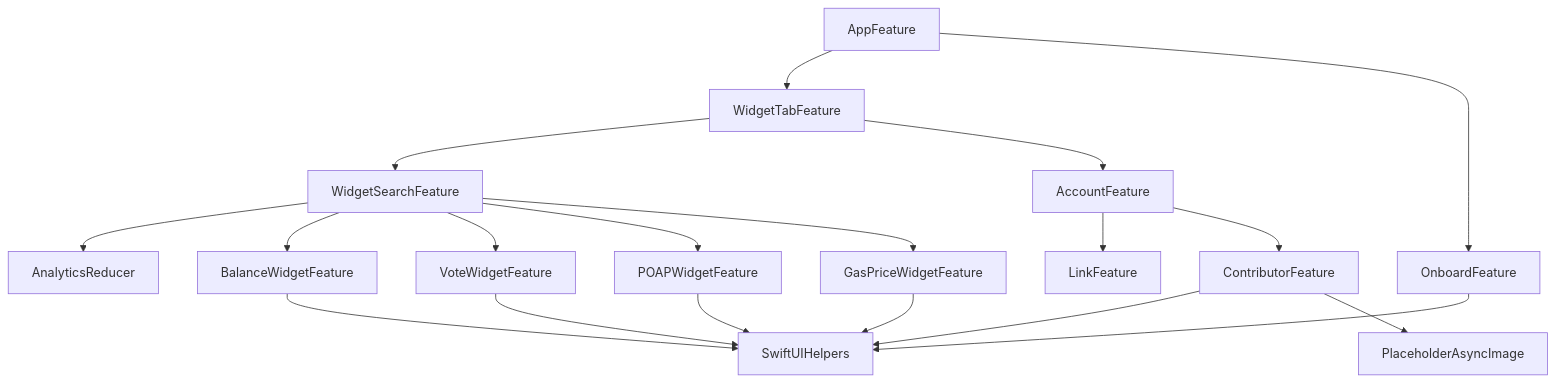
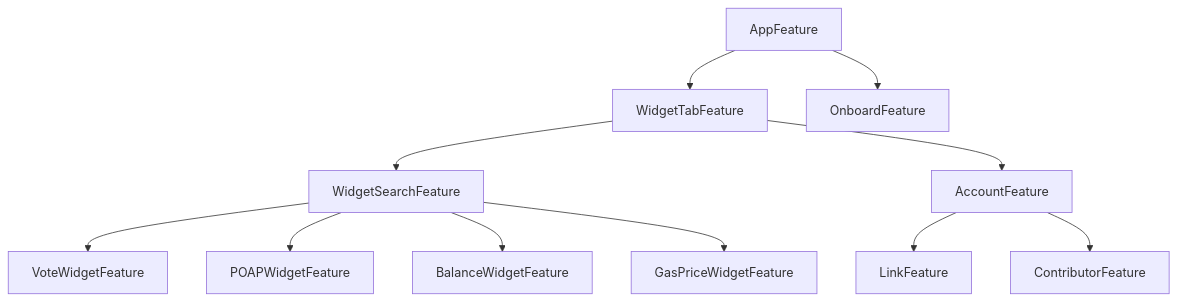
One commit to caaaption/caaaption changed the diagram in Packages/FeaturePackage/README.md. Above: the diagram before and after it, drawn with Mermaid. The commit also changed 1 other file, not shown here.

Commit message:
Run dgraph (#346)

````diff
--- a/Packages/FeaturePackage/README.md
+++ b/Packages/FeaturePackage/README.md
@@ -2,21 +2,13 @@
 ```mermaid
 graph TD;
     AppFeature-->WidgetTabFeature;
     AppFeature-->OnboardFeature;
-    WidgetSearchFeature-->AnalyticsReducer;
-    WidgetSearchFeature-->BalanceWidgetFeature;
     WidgetSearchFeature-->VoteWidgetFeature;
     WidgetSearchFeature-->POAPWidgetFeature;
+    WidgetSearchFeature-->BalanceWidgetFeature;
     WidgetSearchFeature-->GasPriceWidgetFeature;
     AccountFeature-->LinkFeature;
     AccountFeature-->ContributorFeature;
-    ContributorFeature-->SwiftUIHelpers;
-    ContributorFeature-->PlaceholderAsyncImage;
-    BalanceWidgetFeature-->SwiftUIHelpers;
-    VoteWidgetFeature-->SwiftUIHelpers;
-    OnboardFeature-->SwiftUIHelpers;
-    POAPWidgetFeature-->SwiftUIHelpers;
-    GasPriceWidgetFeature-->SwiftUIHelpers;
     WidgetTabFeature-->WidgetSearchFeature;
     WidgetTabFeature-->AccountFeature;
 ```
````
